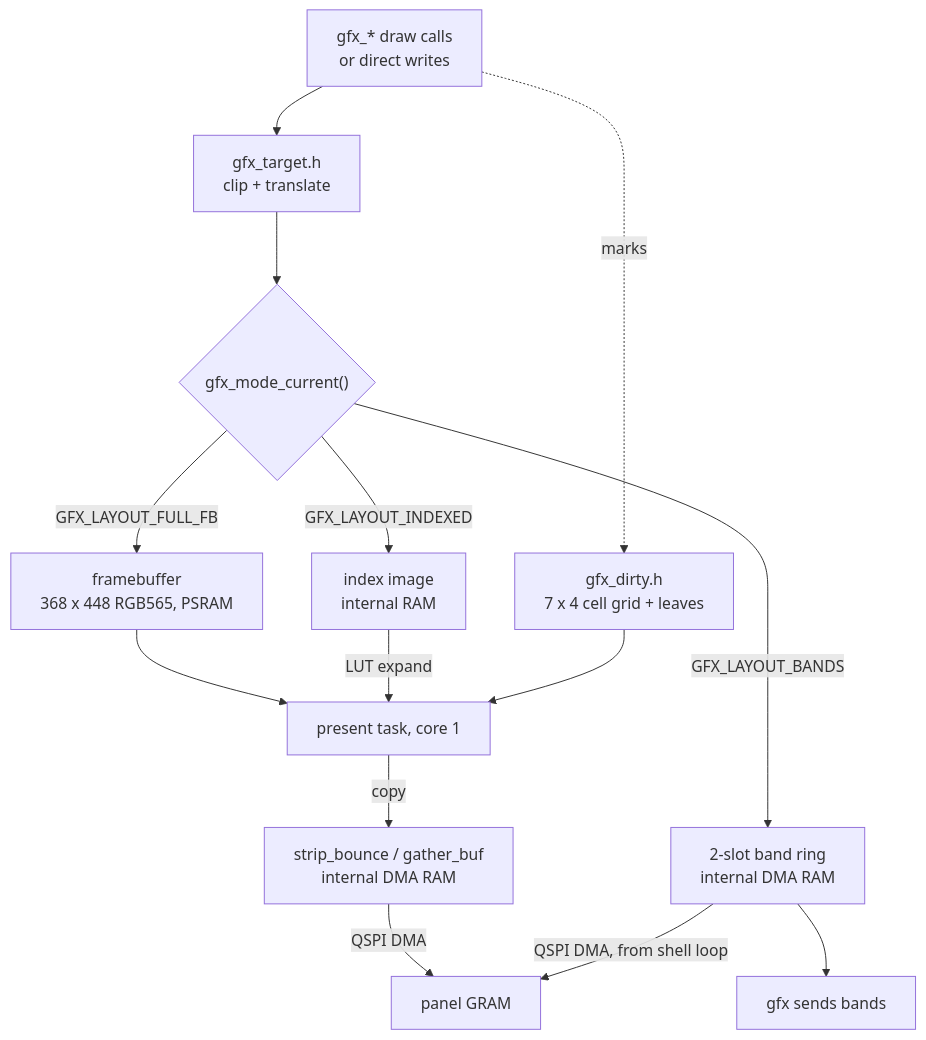
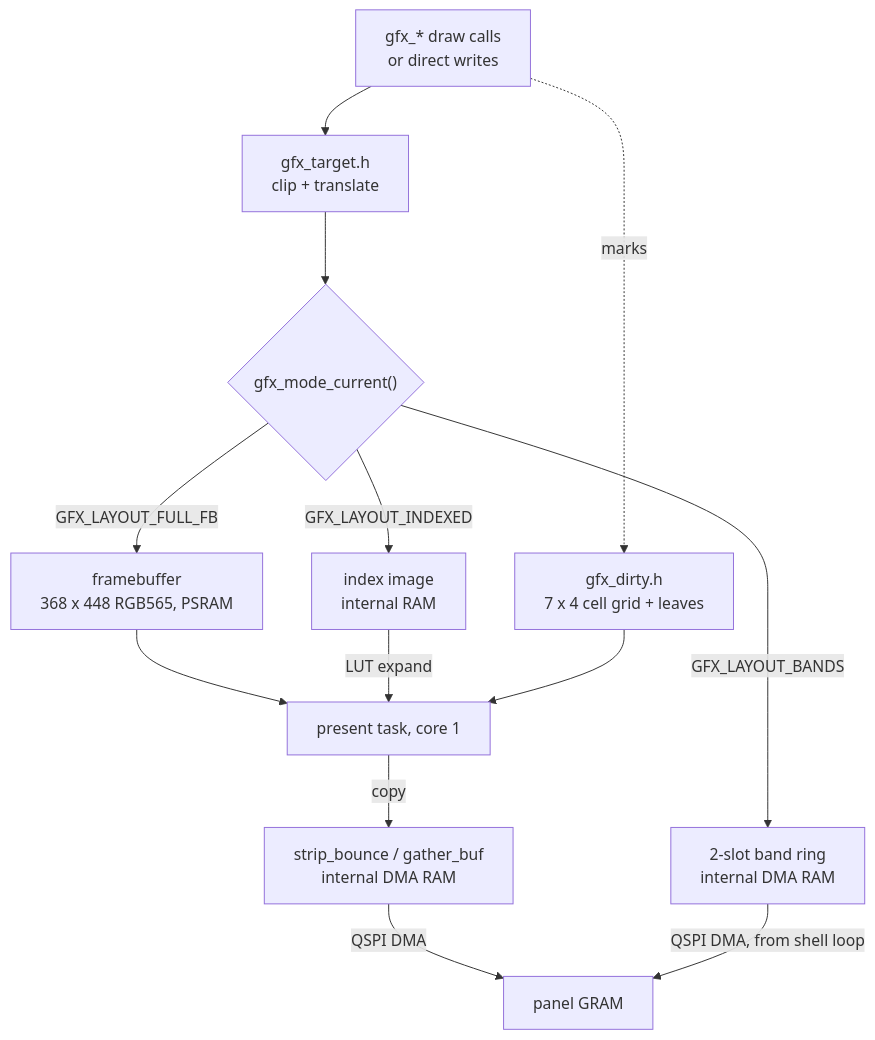
Before and after one commit to jose-villegas/autana: the first of 4 diagrams in docs/Gfx-and-Presentation.md, drawn with Mermaid. The commit also changed other lines of this file and 12 other files, not shown here.

````diff
--- a/docs/Gfx-and-Presentation.md
+++ b/docs/Gfx-and-Presentation.md
@@ -18,16 +18,15 @@
 ```mermaid
 flowchart TB
     DRAW["gfx_* draw calls<br/>or direct writes"] --> TGT["gfx_target.h<br/>clip + translate"]
     TGT --> SEL{"gfx_mode_current()"}
     SEL -->|"GFX_LAYOUT_FULL_FB"| FB["framebuffer<br/>368 x 448 RGB565, PSRAM"]
     SEL -->|"GFX_LAYOUT_BANDS"| BR["2-slot band ring<br/>internal DMA RAM"]
     SEL -->|"GFX_LAYOUT_INDEXED"| IX["index image<br/>internal RAM"]
     DRAW -.->|"marks"| DT["gfx_dirty.h<br/>7 x 4 cell grid + leaves"]
     FB --> PT["present task, core 1"]
-    BR --> BP["gfx sends bands"]
     IX -->|"LUT expand"| PT
     DT --> PT
     PT -->|"copy"| BNC["strip_bounce / gather_buf<br/>internal DMA RAM"]
     BNC -->|"QSPI DMA"| PANEL["panel GRAM"]
     BR -->|"QSPI DMA, from shell loop"| PANEL
 ```
````
